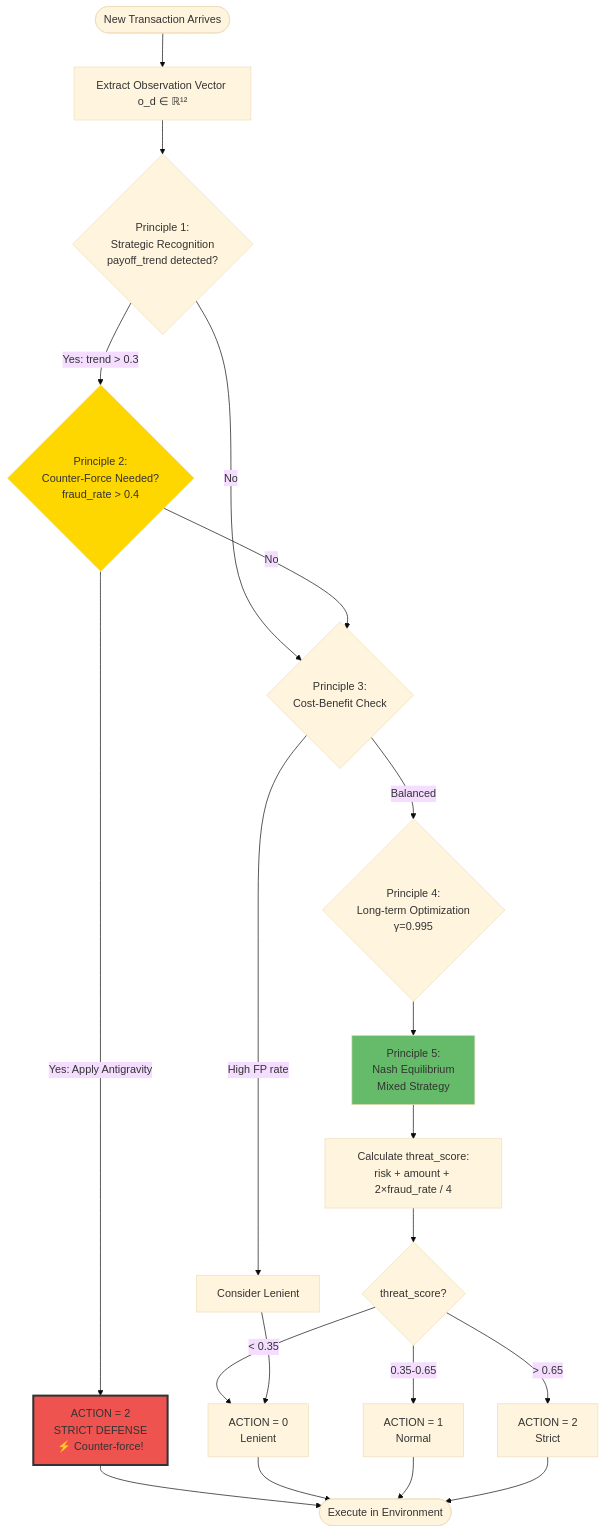
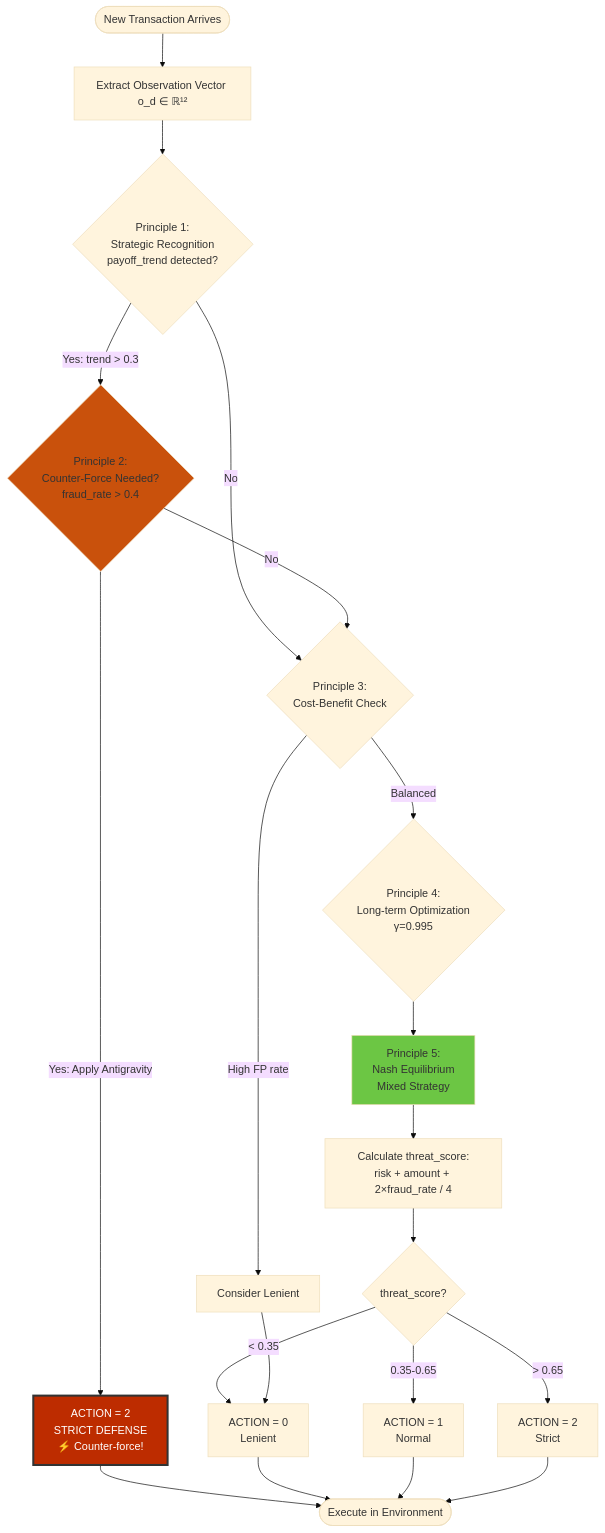
One commit to HelloCol2/markov-fraud-antigravity changed diagram 11 of 14 in README.md. Above: the diagram before and after it, drawn with Mermaid (base theme). The commit also changed other lines of this file, not shown here.

````diff
--- a/README.md
+++ b/README.md
@@ -652,36 +651,36 @@
 ```mermaid
 graph TB
     Start([New Transaction Arrives]) --> Obs[Extract Observation Vector o_d ∈ ℝ¹²]
     
     Obs --> P1{Principle 1:<br/>Strategic Recognition<br/>payoff_trend detected?}
     
     P1 -->|Yes: trend > 0.3| P2{Principle 2:<br/>Counter-Force Needed?<br/>fraud_rate > 0.4}
     P1 -->|No| P3{Principle 3:<br/>Cost-Benefit Check}
     
     P2 -->|Yes: Apply Antigravity| Strict[ACTION = 2<br/>STRICT DEFENSE<br/>⚡ Counter-force!]
     P2 -->|No| P3
     
     P3 -->|High FP rate| Relax[Consider Lenient]
     P3 -->|Balanced| P4{Principle 4:<br/>Long-term Optimization<br/>γ=0.995}
     
     P4 --> P5[Principle 5:<br/>Nash Equilibrium<br/>Mixed Strategy]
     
     P5 --> Threat[Calculate threat_score:<br/>risk + amount + 2×fraud_rate / 4]
     
     Threat --> Decision{threat_score?}
     Decision -->|> 0.65| Action2[ACTION = 2<br/>Strict]
     Decision -->|0.35-0.65| Action1[ACTION = 1<br/>Normal]
     Decision -->|< 0.35| Action0[ACTION = 0<br/>Lenient]
     
     Relax --> Action0
     Strict --> Execute
     Action0 --> Execute
     Action1 --> Execute
     Action2 --> Execute
     
     Execute([Execute in Environment])
     
-    style Strict fill:#ef5350,stroke:#333,stroke-width:3px
-    style P2 fill:#ffd700
-    style P5 fill:#66bb6a
+    style Strict fill:#bd2c00,stroke:#333,stroke-width:3px,color:#fff
+    style P2 fill:#c9510c
+    style P5 fill:#6cc644
 ```
````
